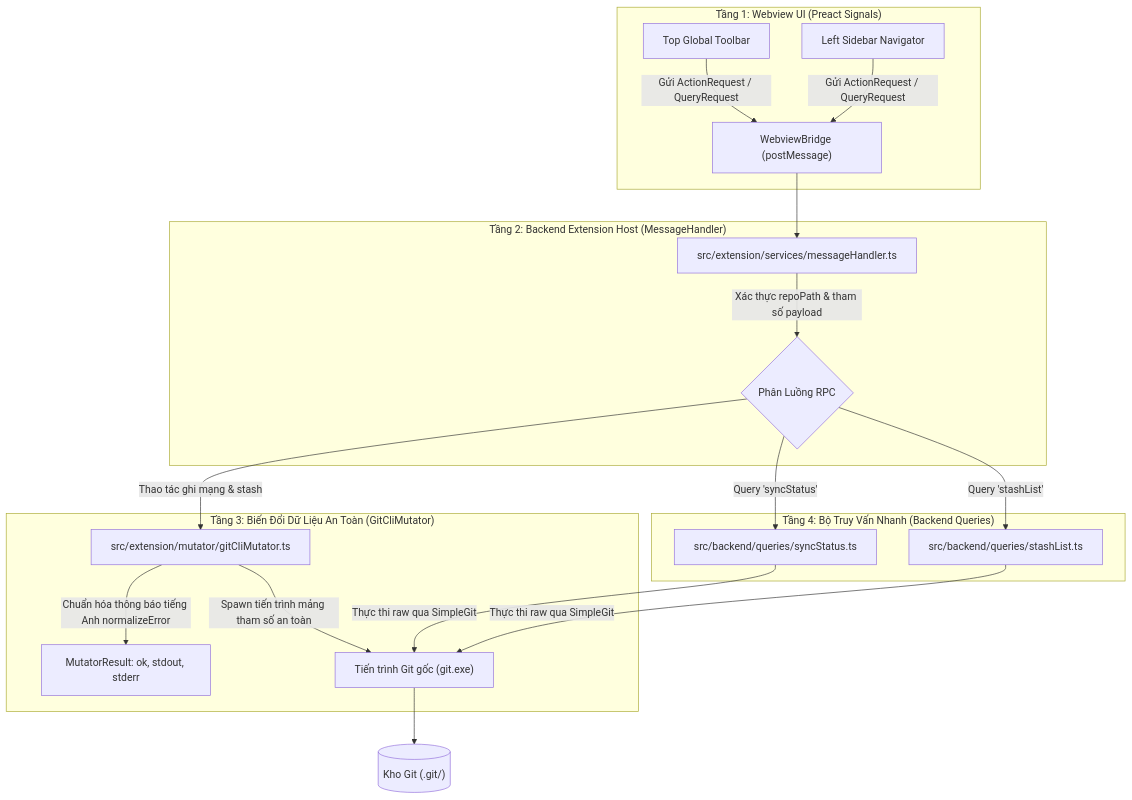
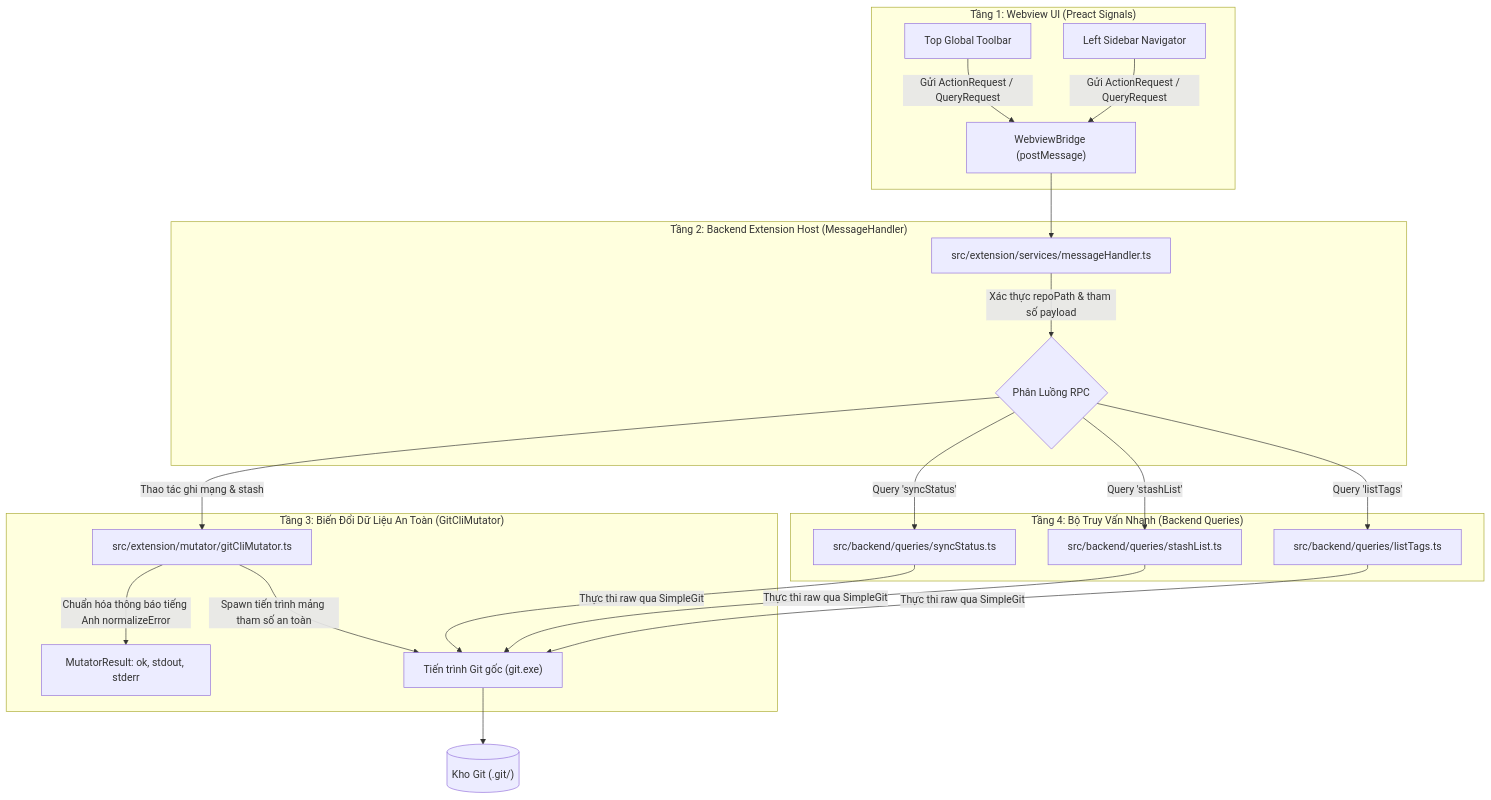
Before and after one commit to thatislg/f-gitgraph: the diagram in docs/02_design/phase3/05_Sync_And_Stash_Backend_Mutator_Design.md, drawn with Mermaid. The commit also changed other lines of this file and 4 other files, not shown here.

````diff
--- a/docs/02_design/phase3/05_Sync_And_Stash_Backend_Mutator_Design.md
+++ b/docs/02_design/phase3/05_Sync_And_Stash_Backend_Mutator_Design.md
@@ -24,27 +24,29 @@
 ```mermaid
 flowchart TD
     subgraph Tier1["Tầng 1: Webview UI (Preact Signals)"]
         UI_Toolbar["Top Global Toolbar"] -->|Gửi ActionRequest / QueryRequest| WebviewBridge["WebviewBridge (postMessage)"]
         UI_Sidebar["Left Sidebar Navigator"] -->|Gửi ActionRequest / QueryRequest| WebviewBridge
     end
 
     subgraph Tier2["Tầng 2: Backend Extension Host (MessageHandler)"]
         WebviewBridge --> MessageHandler["src/extension/services/messageHandler.ts"]
         MessageHandler -->|Xác thực repoPath & tham số payload| Router{"Phân Luồng RPC"}
     end
 
     subgraph Tier3["Tầng 3: Biến Đổi Dữ Liệu An Toàn (GitCliMutator)"]
         Router -->|Thao tác ghi mạng & stash| Mutator["src/extension/mutator/gitCliMutator.ts"]
         Mutator -->|Chuẩn hóa thông báo tiếng Anh normalizeError| NormalizedResult["MutatorResult: ok, stdout, stderr"]
         Mutator -->|Spawn tiến trình mảng tham số an toàn| GitCLI["Tiến trình Git gốc (git.exe)"]
     end
 
     subgraph Tier4["Tầng 4: Bộ Truy Vấn Nhanh (Backend Queries)"]
         Router -->|Query 'syncStatus'| QSync["src/backend/queries/syncStatus.ts"]
         Router -->|Query 'stashList'| QStash["src/backend/queries/stashList.ts"]
+        Router -->|Query 'listTags'| QTags["src/backend/queries/listTags.ts"]
         QSync -->|Thực thi raw qua SimpleGit| GitCLI["Tiến trình Git gốc (git.exe)"]
         QStash -->|Thực thi raw qua SimpleGit| GitCLI
+        QTags -->|Thực thi raw qua SimpleGit| GitCLI
     end
 
     GitCLI --> GitRepo[("Kho Git (.git/)")]
 ```
````
